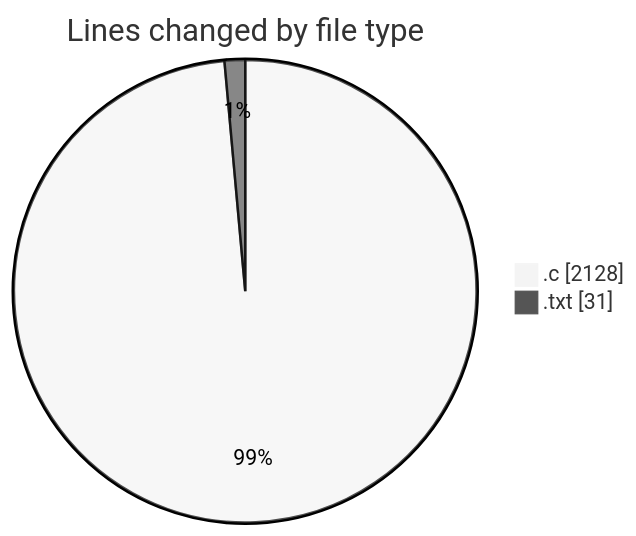
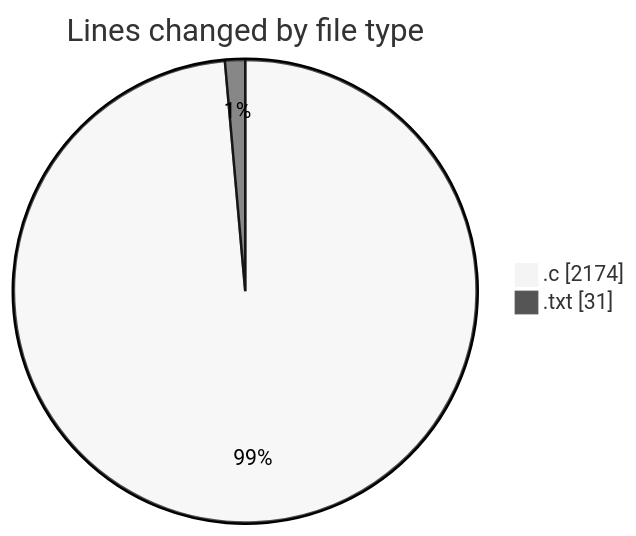
Before and after one commit to Ritupan-Deka/code-tracking: the first of 2 diagrams in 2025-01-26/search/README.md, drawn with Mermaid (neutral theme). The commit also changed other lines of this file and 1 other file, not shown here.

````diff
--- a/2025-01-26/search/README.md
+++ b/2025-01-26/search/README.md
@@ -22,6 +22,6 @@
 ```mermaid
 pie showData
 title Lines changed by file type
-".c" : 2128
+".c" : 2174
 ".txt" : 31
 ```
````
